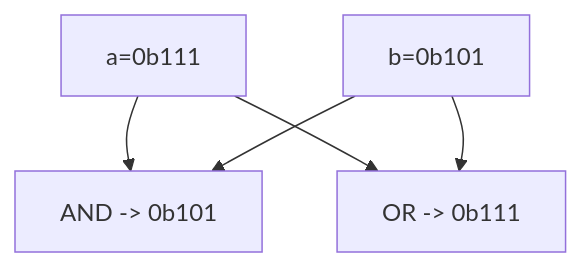
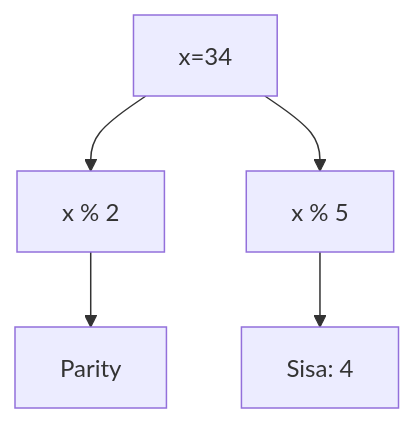
One commit to amnahwaida/OSNK_INF_PREP changed diagram 18 of 25 in part-c-pemahaman-cpp/06-bitwise/latihan/set-05.md. Above: the diagram before and after it, drawn with Mermaid. The commit also changed other lines of this file and 71 other files, not shown here.

````diff
--- a/part-c-pemahaman-cpp/06-bitwise/latihan/set-05.md
+++ b/part-c-pemahaman-cpp/06-bitwise/latihan/set-05.md
@@ -472,7 +542,7 @@
 ```mermaid
 graph TD
-    A["a=0b111"] --> C["AND -> 0b101"]
-    B["b=0b101"] --> C
-    A --> D["OR  -> 0b111"]
-    B --> D
+A[x=34] --> B[x % 2]
+B --> C[Parity]
+A --> D[x % 5]
+D --> E[Sisa: 4]
 ```
````
